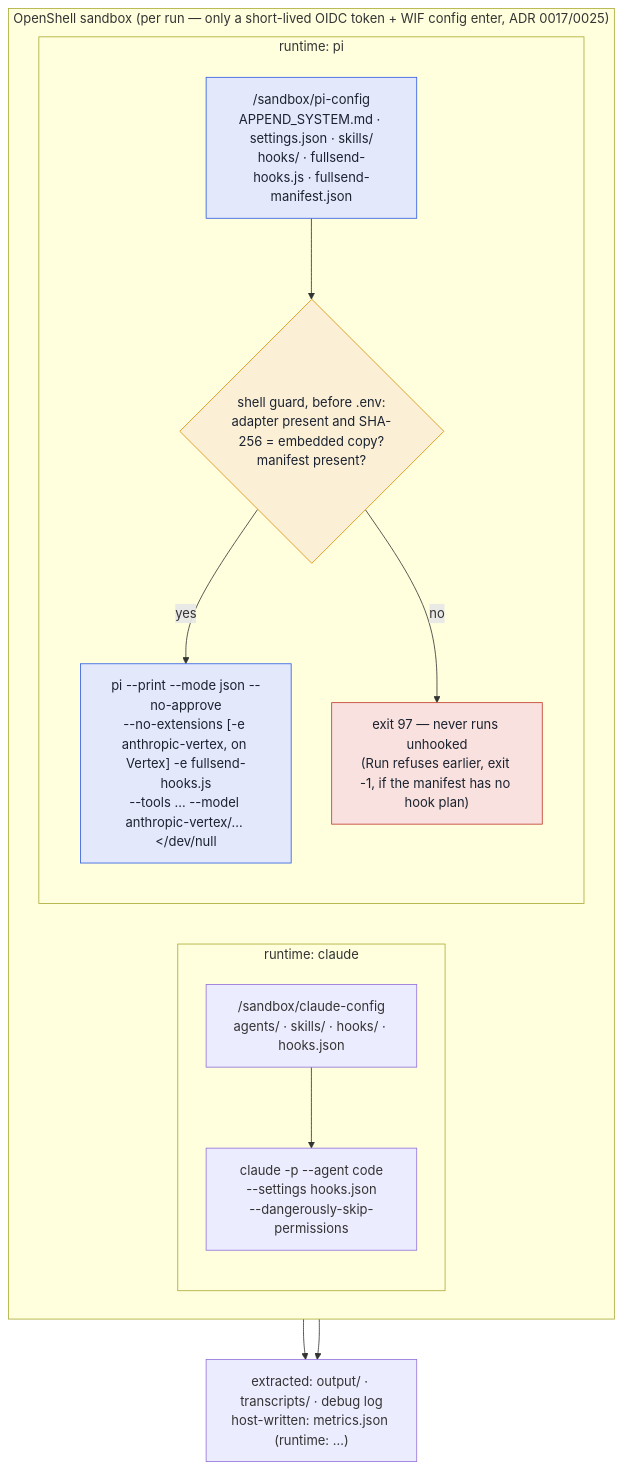
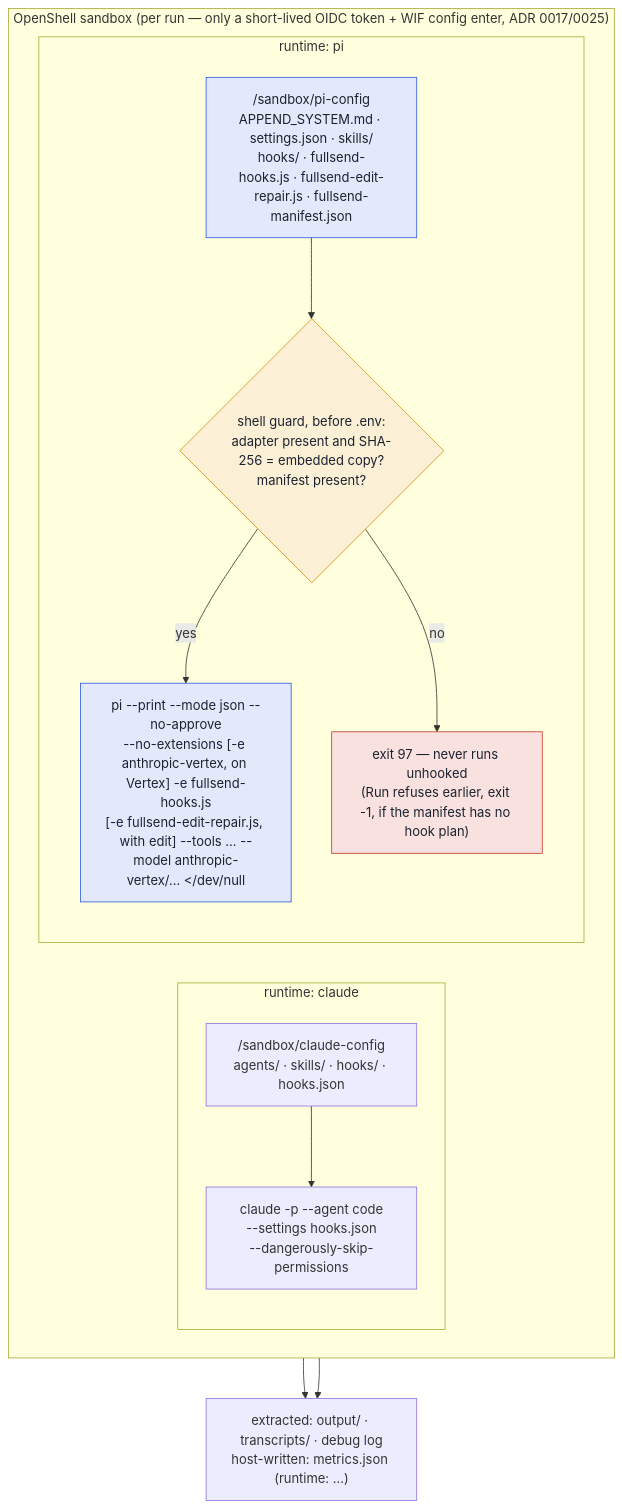
The second of 2 diagrams in docs/architecture.md (fullsend-ai/fullsend), drawn with Mermaid before and after one commit. The commit also changed 16 other files, not shown here.

First line of the commit message:
fix(#7249): repair malformed pi edit tool arguments

````diff
--- a/docs/architecture.md
+++ b/docs/architecture.md
@@ -851,31 +851,31 @@
 ```mermaid
 flowchart TB
   subgraph SB["OpenShell sandbox (per run — only a short-lived OIDC token + WIF config enter, ADR 0017/0025)"]
     direction LR
     subgraph CL["runtime: claude"]
       direction TB
       C1["/sandbox/claude-config\nagents/ · skills/ · hooks/ · hooks.json"]
       C2["claude -p --agent code\n--settings hooks.json\n--dangerously-skip-permissions"]
       C1 --> C2
     end
     subgraph PL["runtime: pi"]
       direction TB
-      P1["/sandbox/pi-config\nAPPEND_SYSTEM.md · settings.json · skills/\nhooks/ · fullsend-hooks.js · fullsend-manifest.json"]
+      P1["/sandbox/pi-config\nAPPEND_SYSTEM.md · settings.json · skills/\nhooks/ · fullsend-hooks.js · fullsend-edit-repair.js · fullsend-manifest.json"]
       P0{"shell guard, before .env:\nadapter present and SHA-256 = embedded copy?\nmanifest present?"}
-      P2["pi --print --mode json --no-approve\n--no-extensions [-e anthropic-vertex, on Vertex] -e fullsend-hooks.js\n--tools … --model anthropic-vertex/… #lt;/dev/null"]
+      P2["pi --print --mode json --no-approve\n--no-extensions [-e anthropic-vertex, on Vertex] -e fullsend-hooks.js\n[-e fullsend-edit-repair.js, with edit] --tools … --model anthropic-vertex/… #lt;/dev/null"]
       PX["exit 97 — never runs unhooked\n(Run refuses earlier, exit -1, if the manifest has no hook plan)"]
       P1 --> P0
       P0 -- yes --> P2
       P0 -- no --> PX
     end
   end
   OUT["extracted: output/ · transcripts/ · debug log\nhost-written: metrics.json (runtime: …)"]
   C2 --> OUT
   P2 --> OUT
   classDef guard fill:#fbf0d6,stroke:#d98e04,color:#1b2230;
   classDef bad fill:#f8e1de,stroke:#c0392b,color:#1b2230;
   classDef opt fill:#e3e9fb,stroke:#2d5be3,color:#1b2230;
   class P0 guard;
   class PX bad;
   class P1,P2 opt;
 ```
````
